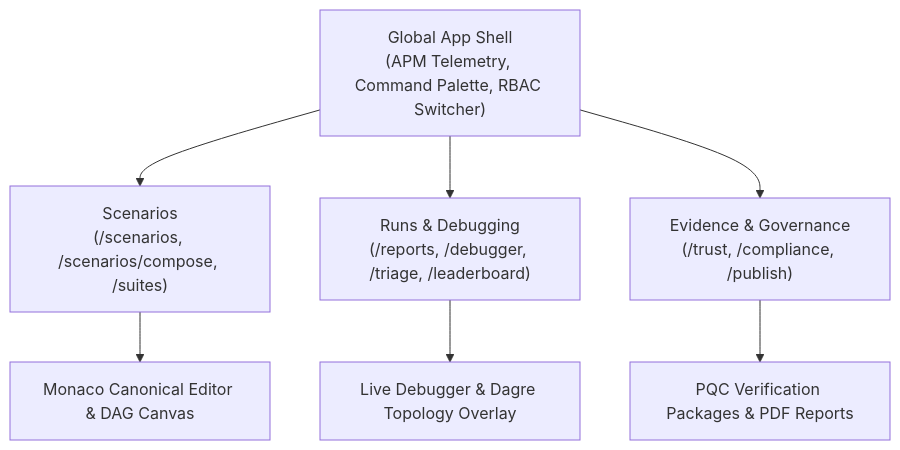
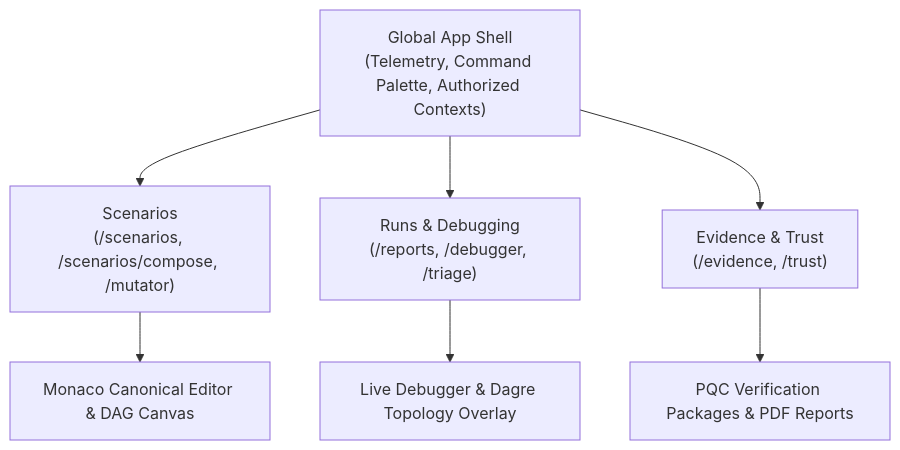
One commit to najeed/ai-agent-eval-harness changed the first of 3 diagrams in docs/src/content/docs/evaluator/visual-suite.md. Above: the diagram before and after it, drawn with Mermaid. The commit also changed other lines of this file and 191 other files, not shown here.

````diff
--- a/docs/src/content/docs/evaluator/visual-suite.md
+++ b/docs/src/content/docs/evaluator/visual-suite.md
@@ -19,11 +19,11 @@
 ```mermaid
 graph TD
-    A["Global App Shell<br/>(APM Telemetry, Command Palette, RBAC Switcher)"]
-    A --> B1["Scenarios<br/>(/scenarios, /scenarios/compose, /suites)"]
-    A --> B2["Runs & Debugging<br/>(/reports, /debugger, /triage, /leaderboard)"]
-    A --> B3["Evidence & Governance<br/>(/trust, /compliance, /publish)"]
+    A["Global App Shell<br/>(Telemetry, Command Palette, Authorized Contexts)"]
+    A --> B1["Scenarios<br/>(/scenarios, /scenarios/compose, /mutator)"]
+    A --> B2["Runs & Debugging<br/>(/reports, /debugger, /triage)"]
+    A --> B3["Evidence & Trust<br/>(/evidence, /trust)"]
     
     B1 --> C1["Monaco Canonical Editor & DAG Canvas"]
     B2 --> C2["Live Debugger & Dagre Topology Overlay"]
     B3 --> C3["PQC Verification Packages & PDF Reports"]
 ```
````
